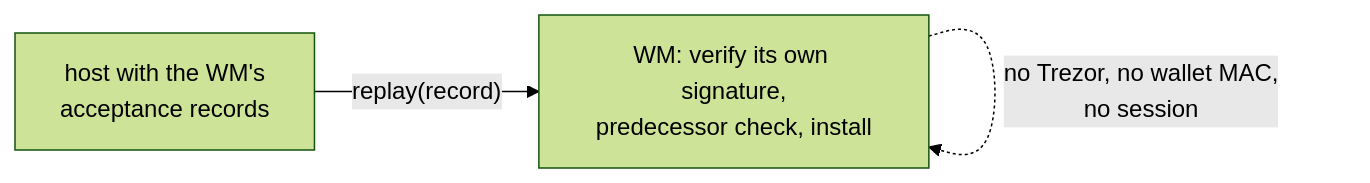
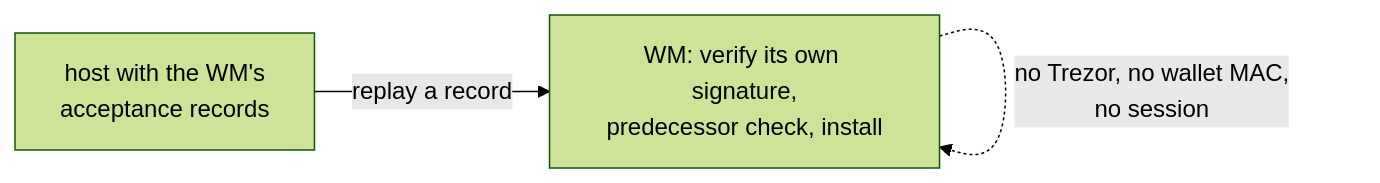
One commit to trezor/trezor-firmware changed the second of 2 diagrams in docs/ward/ward_roll_forward.md. Above: the diagram before and after it, drawn with Mermaid (forest theme). The commit also changed other lines of this file and 9 other files, not shown here.

````diff
--- a/docs/ward/ward_roll_forward.md
+++ b/docs/ward/ward_roll_forward.md
@@ -192,5 +156,5 @@
 ```mermaid
 flowchart LR
-    H["host with the WM's<br/>acceptance records"] -->|"replay(record)"| M["WM: verify its own signature,<br/>predecessor check, install"]
+    H["host with the WM's<br/>acceptance records"] -->|"replay a record"| M["WM: verify its own signature,<br/>predecessor check, install"]
     M -.->|"no Trezor, no wallet MAC,<br/>no session"| M
 ```
````
